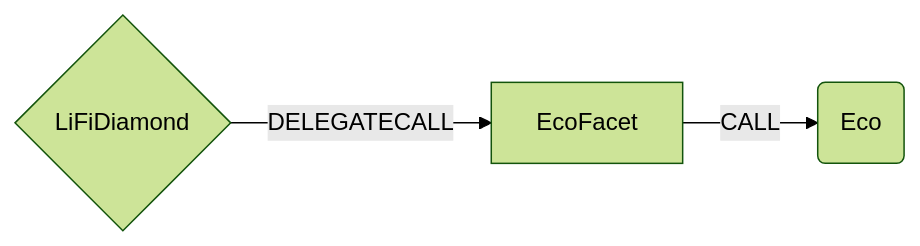
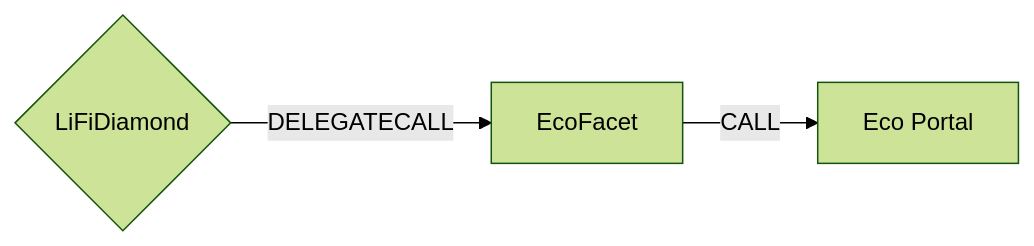
One commit to lifinance/contracts changed the diagram in docs/EcoFacet.md. Above: the diagram before and after it, drawn with Mermaid (forest theme). The commit also changed other lines of this file, not shown here.

````diff
--- a/docs/EcoFacet.md
+++ b/docs/EcoFacet.md
@@ -7,5 +7,5 @@
 ```mermaid
 graph LR;
     D{LiFiDiamond}-- DELEGATECALL -->EcoFacet;
-    EcoFacet -- CALL --> C(Eco)
+    EcoFacet -- CALL --> EcoPortal[Eco Portal]
 ```
````
